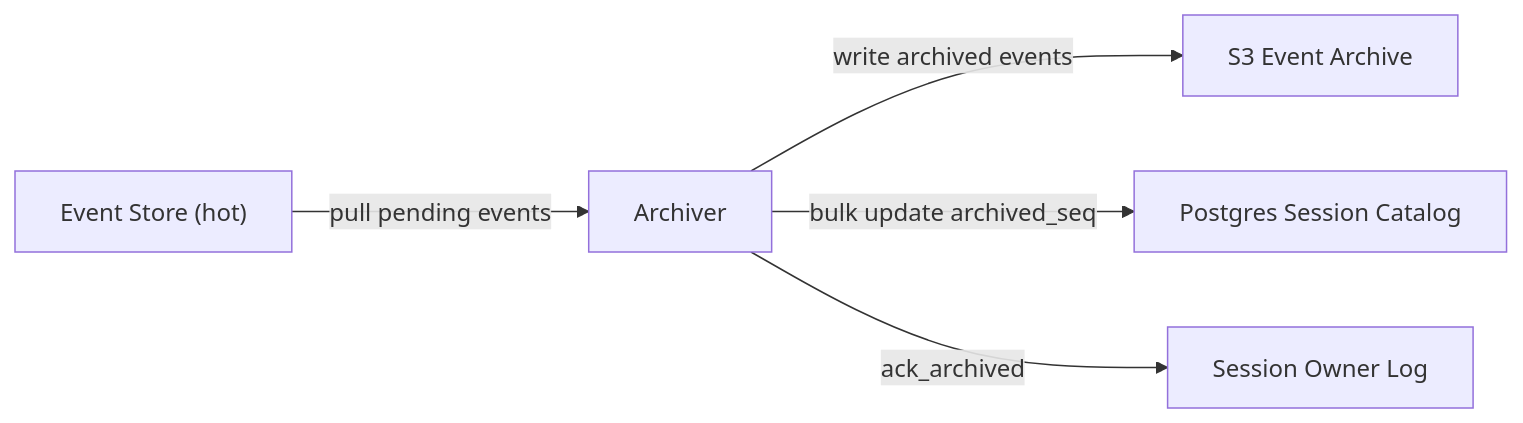
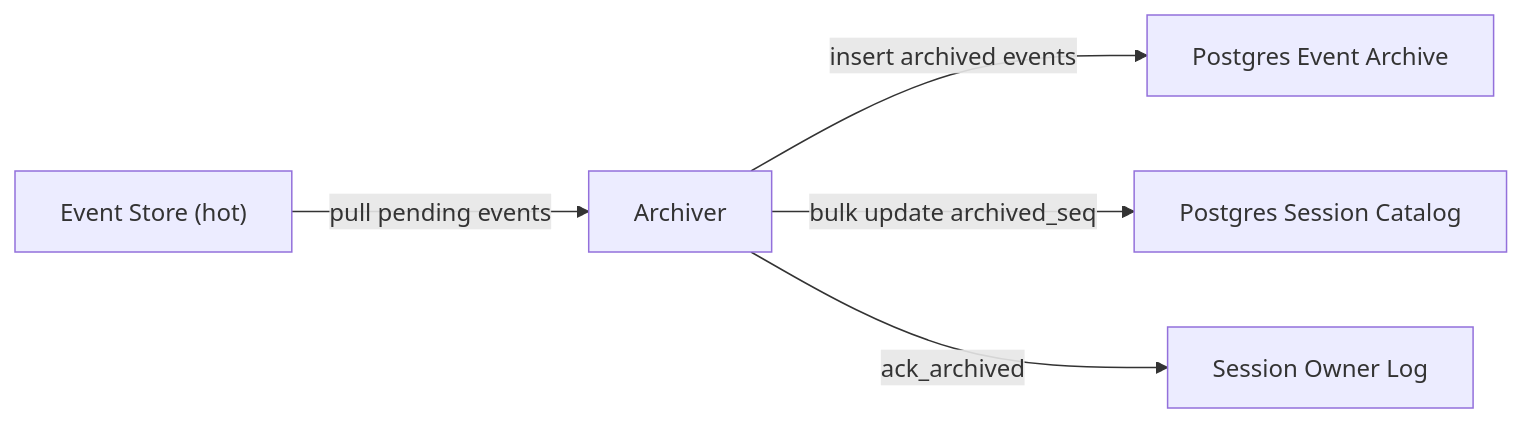
The second of 2 diagrams in docs/architecture.md (fastpaca/starcite), drawn with Mermaid before and after one commit. The commit also changed other lines of this file and 47 other files, not shown here.

Commit message:
move archive storage to postgres with legacy s3 cutover

````diff
--- a/docs/architecture.md
+++ b/docs/architecture.md
@@ -109,7 +109,7 @@
 ```mermaid
 graph LR
     E["Event Store (hot)"] -- "pull pending events" --> AR["Archiver"]
-    AR -- "write archived events" --> S["S3 Event Archive"]
+    AR -- "insert archived events" --> P["Postgres Event Archive"]
     AR -- "bulk update archived_seq" --> C["Postgres Session Catalog"]
     AR -- "ack_archived" --> O["Session Owner Log"]
 ```
````
